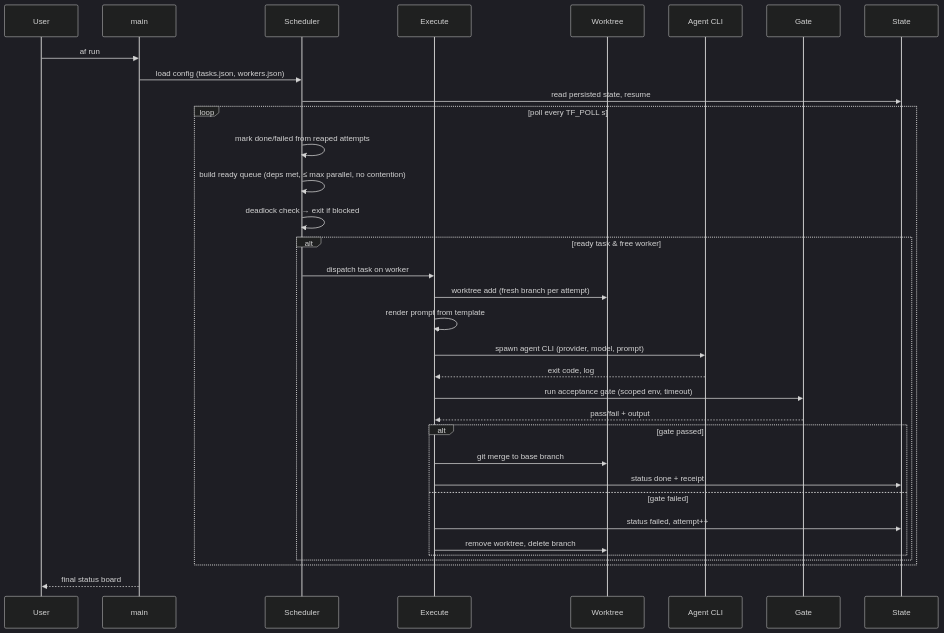
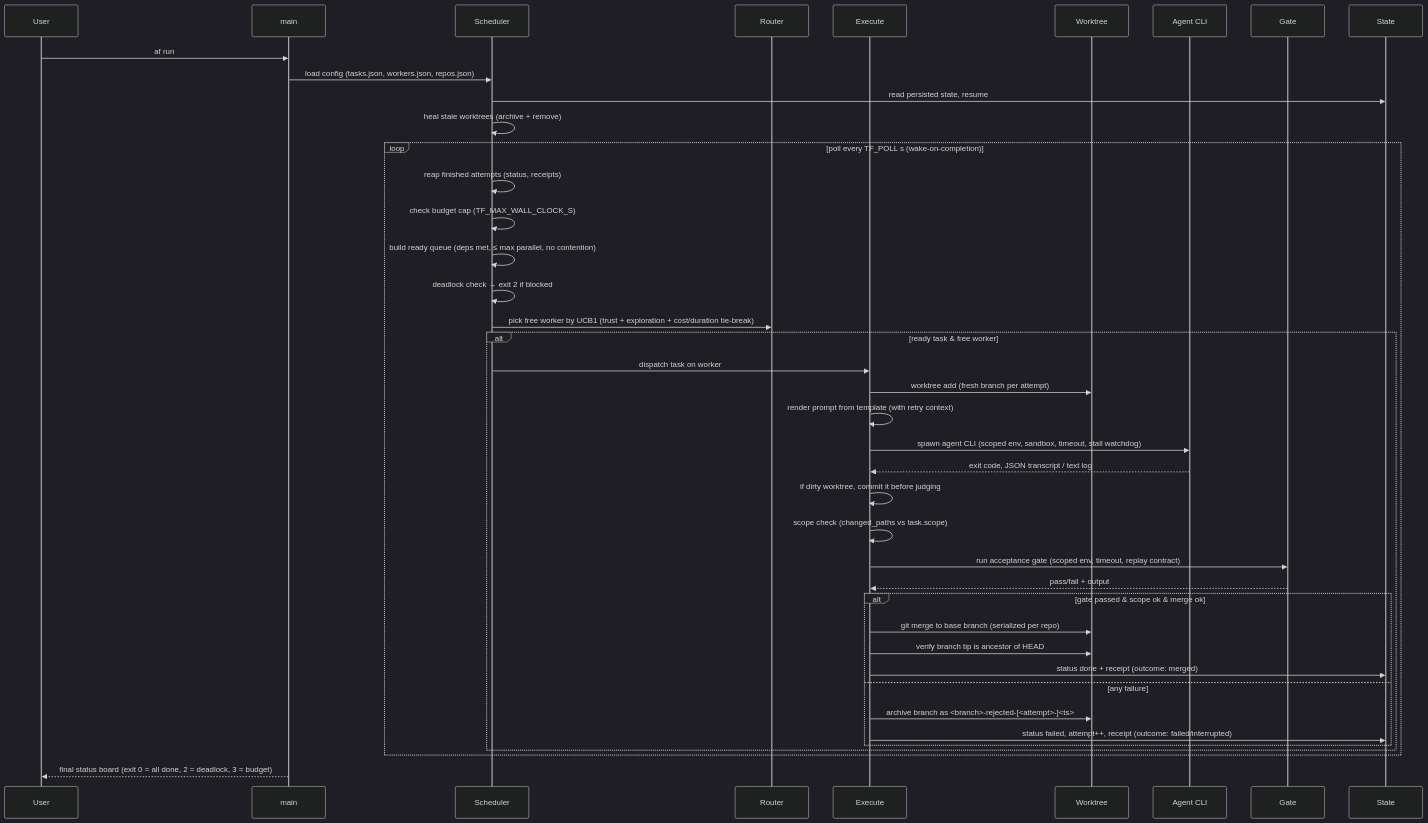
Before and after one commit to tobias-weiss-ai-xr/agentflow: the diagram in docs/arc42/06-runtime-view.md, drawn with Mermaid (dark theme). The commit also changed other lines of this file and 11 other files, not shown here.

````diff
--- a/docs/arc42/06-runtime-view.md
+++ b/docs/arc42/06-runtime-view.md
@@ -5,37 +5,44 @@
 ```mermaid
 sequenceDiagram
   participant U as User
   participant M as main
   participant S as Scheduler
+  participant R as Router
   participant E as Execute
   participant WT as Worktree
   participant A as Agent CLI
   participant G as Gate
   participant ST as State
 
   U->>M: af run
-  M->>S: load config (tasks.json, workers.json)
+  M->>S: load config (tasks.json, workers.json, repos.json)
   S->>ST: read persisted state, resume
-  loop poll every TF_POLL s
-    S->>S: mark done/failed from reaped attempts
+  S->>S: heal stale worktrees (archive + remove)
+  loop poll every TF_POLL s (wake-on-completion)
+    S->>S: reap finished attempts (status, receipts)
+    S->>S: check budget cap (TF_MAX_WALL_CLOCK_S)
     S->>S: build ready queue (deps met, ≤ max parallel, no contention)
-    S->>S: deadlock check → exit if blocked
+    S->>S: deadlock check → exit 2 if blocked
+    S->>R: pick free worker by UCB1 (trust + exploration + cost/duration tie-break)
     alt ready task & free worker
       S->>E: dispatch task on worker
       E->>WT: worktree add (fresh branch per attempt)
-      E->>E: render prompt from template
-      E->>A: spawn agent CLI (provider, model, prompt)
-      A-->>E: exit code, log
-      E->>G: run acceptance gate (scoped env, timeout)
+      E->>E: render prompt from template (with retry context)
+      E->>A: spawn agent CLI (scoped env, sandbox, timeout, stall watchdog)
+      A-->>E: exit code, JSON transcript / text log
+      E->>E: if dirty worktree, commit it before judging
+      E->>E: scope check (changed_paths vs task.scope)
+      E->>G: run acceptance gate (scoped env, timeout, replay contract)
       G-->>E: pass/fail + output
-      alt gate passed
-        E->>WT: git merge to base branch
-        E->>ST: status done + receipt
-      else gate failed
-        E->>ST: status failed, attempt++
-        E->>WT: remove worktree, delete branch
+      alt gate passed & scope ok & merge ok
+        E->>WT: git merge to base branch (serialized per repo)
+        E->>WT: verify branch tip is ancestor of HEAD
+        E->>ST: status done + receipt (outcome: merged)
+      else any failure
+        E->>WT: archive branch as <branch>-rejected-[<attempt>-]<ts>
+        E->>ST: status failed, attempt++, receipt (outcome: failed/interrupted)
       end
     end
   end
-  M-->>U: final status board
+  M-->>U: final status board (exit 0 = all done, 2 = deadlock, 3 = budget)
 ```
````
